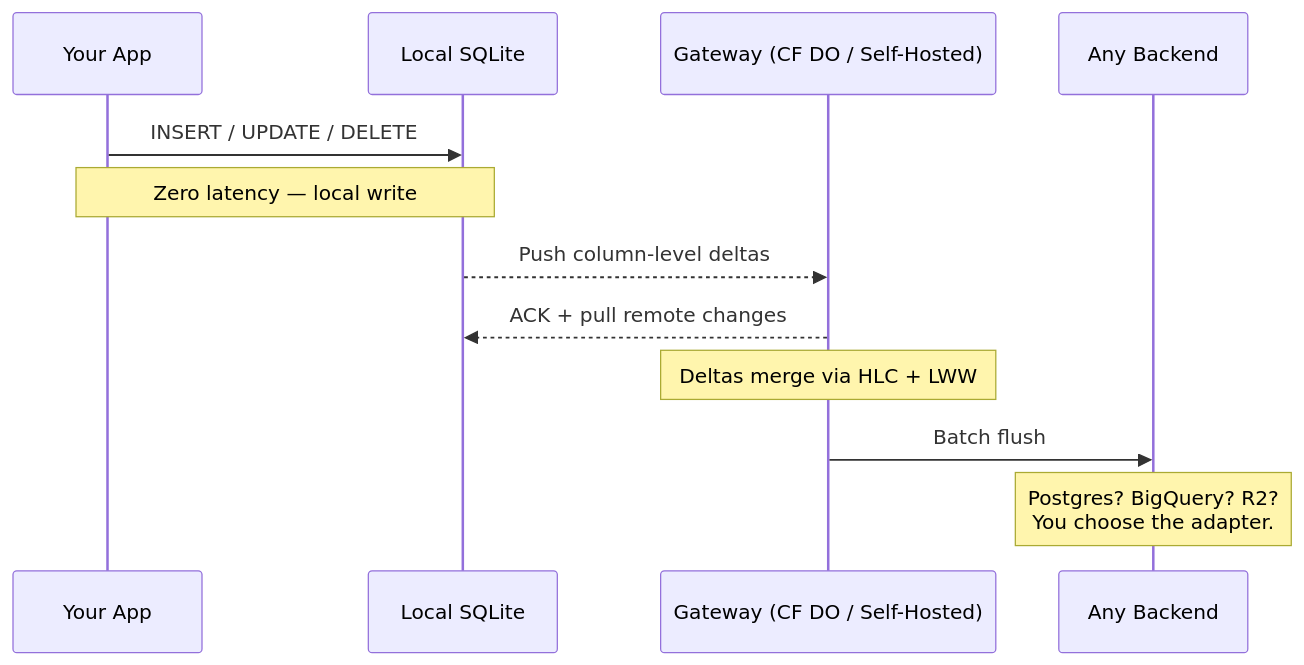
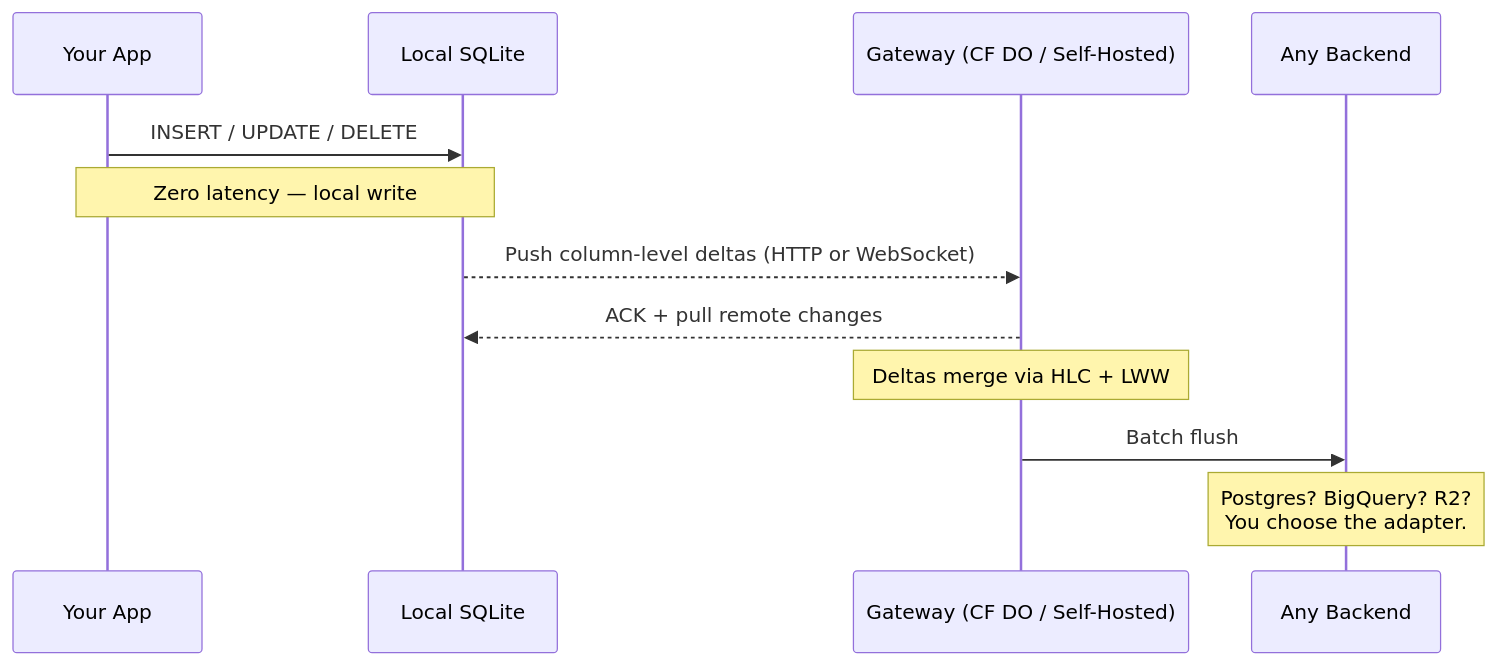
Before and after one commit to radekdymacz/lakesync: the first of 4 diagrams in README.md, drawn with Mermaid. The commit also changed other lines of this file and 7 other files, not shown here.

````diff
--- a/README.md
+++ b/README.md
@@ -29,15 +31,15 @@
 ```mermaid
 sequenceDiagram
     participant App as Your App
     participant DB as Local SQLite
     participant GW as Gateway (CF DO / Self-Hosted)
     participant Backend as Any Backend
 
     App->>DB: INSERT / UPDATE / DELETE
     Note over App,DB: Zero latency — local write
-    DB-->>GW: Push column-level deltas
+    DB-->>GW: Push column-level deltas (HTTP or WebSocket)
     GW-->>DB: ACK + pull remote changes
     Note over GW: Deltas merge via HLC + LWW
     GW->>Backend: Batch flush
     Note over Backend: Postgres? BigQuery? R2?<br/>You choose the adapter.
 ```
````
